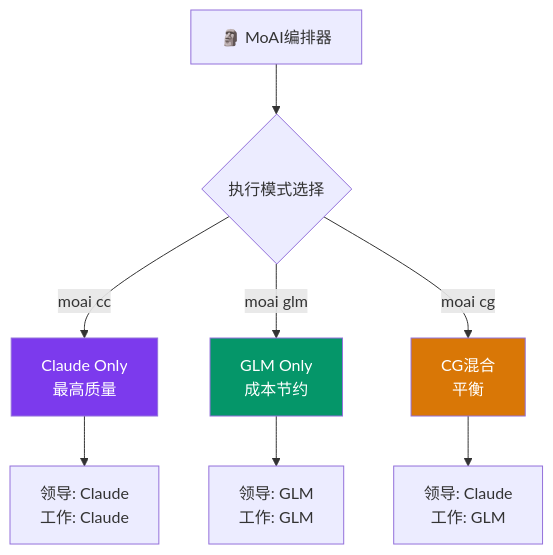
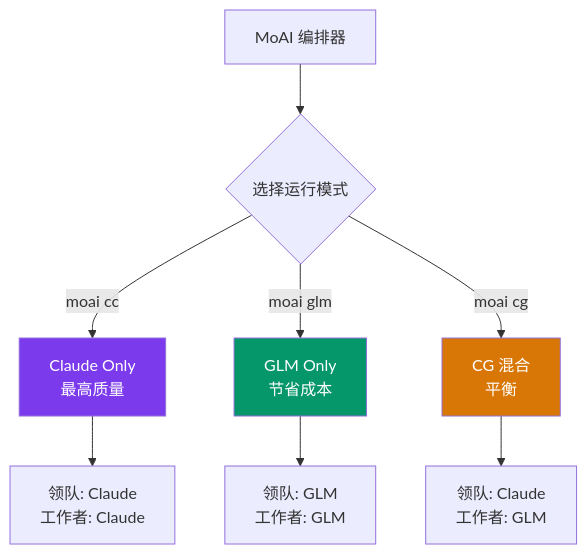
The diagram in docs-site/content/zh/multi-llm/_index.md (modu-ai/moai-adk), drawn with Mermaid before and after one commit. The commit also changed other lines of this file and 395 other files, not shown here.

````diff
--- a/docs-site/content/zh/multi-llm/_index.md
+++ b/docs-site/content/zh/multi-llm/_index.md
@@ -41,15 +43,15 @@
 ```mermaid
 graph TD
-    A["🗿 MoAI编排器"] --> B{"执行模式选择"}
+    A["MoAI 编排器"] --> B{"选择运行模式"}
     B -->|"moai cc"| C["Claude Only<br/>最高质量"]
-    B -->|"moai glm"| D["GLM Only<br/>成本节约"]
-    B -->|"moai cg"| E["CG混合<br/>平衡"]
+    B -->|"moai glm"| D["GLM Only<br/>节省成本"]
+    B -->|"moai cg"| E["CG 混合<br/>平衡"]
 
-    C --> F["领导: Claude<br/>工作: Claude"]
-    D --> G["领导: GLM<br/>工作: GLM"]
-    E --> H["领导: Claude<br/>工作: GLM"]
+    C --> F["领队: Claude<br/>工作者: Claude"]
+    D --> G["领队: GLM<br/>工作者: GLM"]
+    E --> H["领队: Claude<br/>工作者: GLM"]
 
     style C fill:#7C3AED,color:#fff
     style D fill:#059669,color:#fff
     style E fill:#D97706,color:#fff
 ```
````
